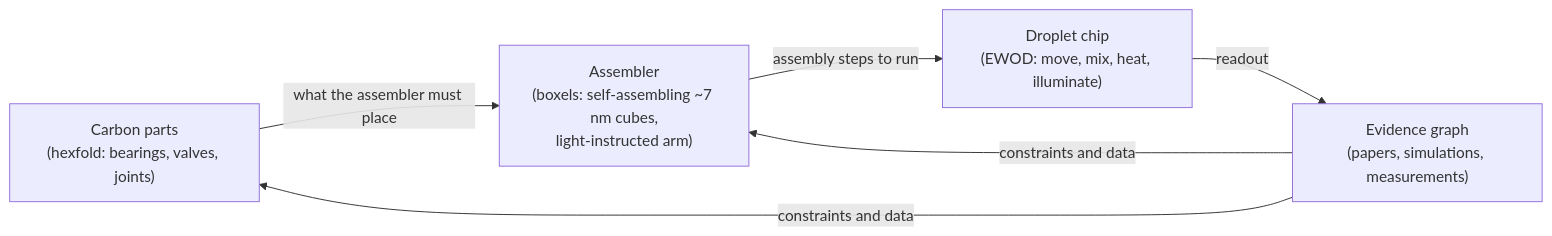
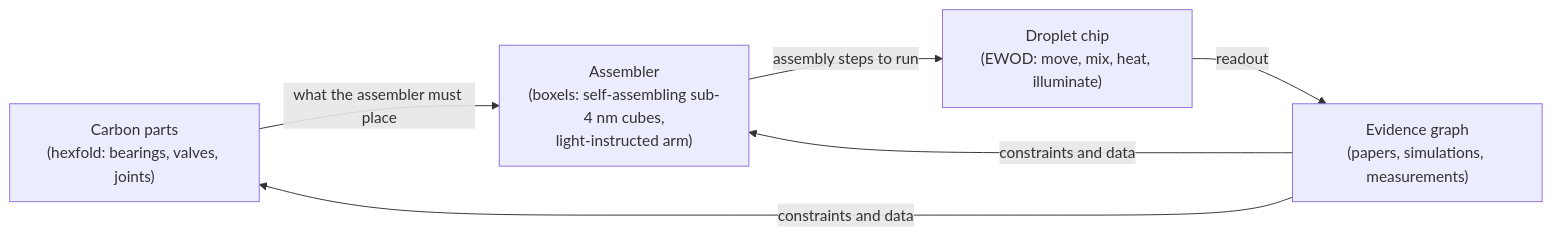
The first of 2 diagrams in guide/molecular-machines.md (retospect/precis-mcp), drawn with Mermaid before and after one commit. The commit also changed other lines of this file and 2 other files, not shown here.

````diff
--- a/guide/molecular-machines.md
+++ b/guide/molecular-machines.md
@@ -67,12 +67,12 @@
 ```mermaid
 flowchart LR
   P["Carbon parts<br/>(hexfold: bearings, valves, joints)"]
-  A["Assembler<br/>(boxels: self-assembling ~7 nm cubes,<br/>light-instructed arm)"]
+  A["Assembler<br/>(boxels: self-assembling sub-4 nm cubes,<br/>light-instructed arm)"]
   C["Droplet chip<br/>(EWOD: move, mix, heat, illuminate)"]
   E["Evidence graph<br/>(papers, simulations, measurements)"]
   P -- "what the assembler must place" --> A
   A -- "assembly steps to run" --> C
   C -- "readout" --> E
   E -- "constraints and data" --> P
   E -- "constraints and data" --> A
 ```
````
